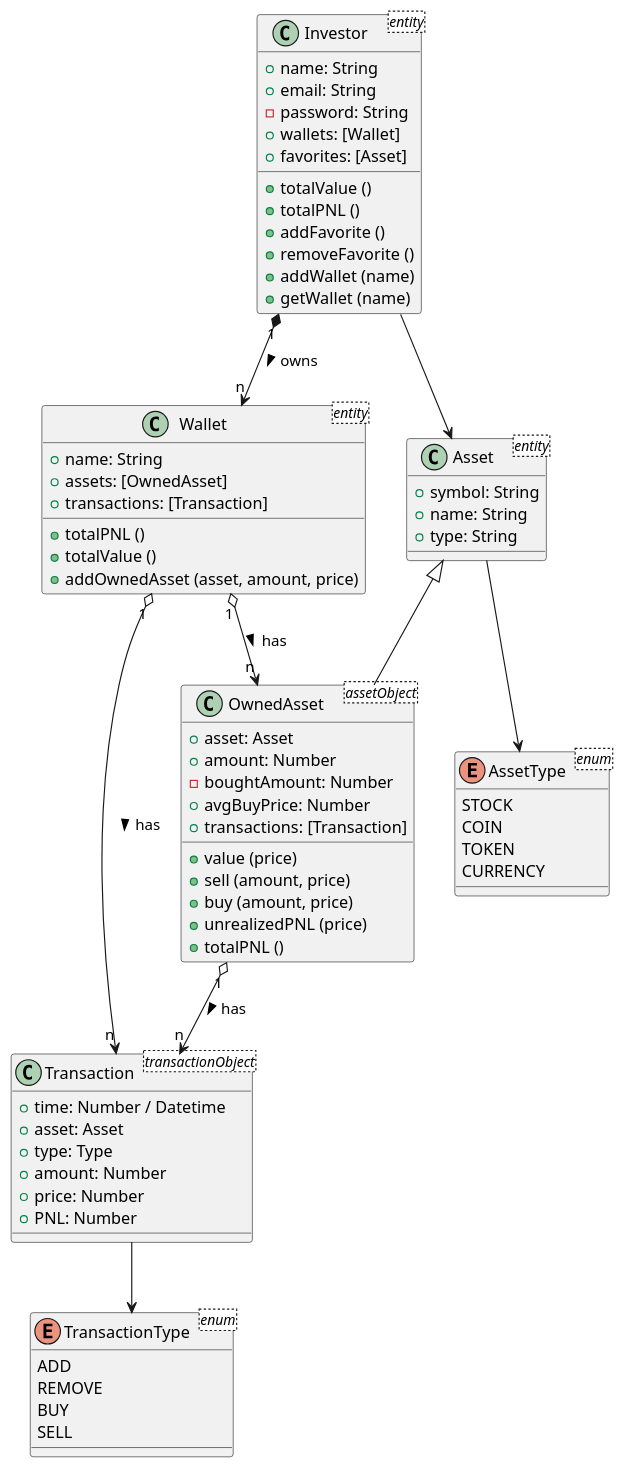
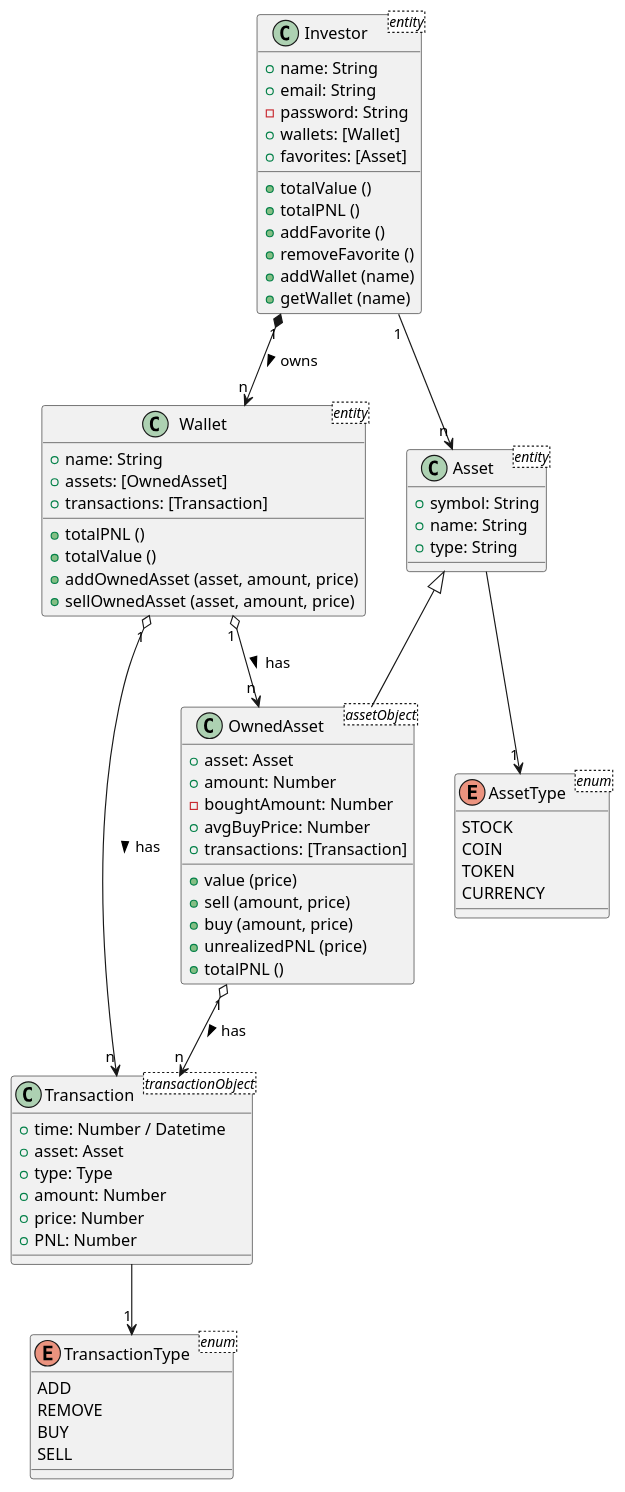
The diagram in class_diagram/class_diagram.puml (urtuba/spot-portfolio-tracker), drawn with PlantUML before and after one commit. The commit also changed 1 other file, not shown here.

Commit message:
Update class diagram

```diff
--- a/class_diagram/class_diagram.puml
+++ b/class_diagram/class_diagram.puml
@@ -1,78 +1,79 @@
-@startuml Class Diagram
+@startuml ClassDiagram
 
 class Investor <entity>{
     + name: String
     + email: String
     - password: String
     + wallets: [Wallet]
     + favorites: [Asset]
     + totalValue ()
     + totalPNL ()
     + addFavorite ()
     + removeFavorite ()
     + addWallet (name)
     + getWallet (name)
 }
 
 class Wallet <entity> {
     + name: String
     + assets: [OwnedAsset]
     + transactions: [Transaction]
     + totalPNL ()
     + totalValue ()
     + addOwnedAsset (asset, amount, price)
+    + sellOwnedAsset (asset, amount, price)
 }
 
 class Asset <entity> {
     + symbol: String
     + name: String
     + type: String
 }
 
 class OwnedAsset <assetObject> {
     + asset: Asset
     + amount: Number
     - boughtAmount: Number
     + avgBuyPrice: Number
     + transactions: [Transaction]
     + value (price)
     + sell (amount, price)
     + buy (amount, price)
     + unrealizedPNL (price)
     + totalPNL ()
 }
 
 class Transaction <transactionObject> {
     + time: Number / Datetime
     + asset: Asset
     + type: Type
     + amount: Number
     + price: Number
     + PNL: Number
 }
 
 enum AssetType <enum> {
     STOCK
     COIN
     TOKEN
     CURRENCY
 }
 
 enum TransactionType <enum> {
     ADD
     REMOVE
     BUY
     SELL
 }
 
 Wallet "n" <-UP-* "1" Investor:  owns <
 Asset <|-- OwnedAsset
 OwnedAsset "1" o--> "n" Transaction: has >
 Wallet "1" o--> "n" Transaction: has >
 Wallet "1" o--> "n" OwnedAsset: has >
-Asset  --> AssetType
-Transaction --> TransactionType
-Investor --> Asset
+Asset  --> "1" AssetType
+Transaction --> "1" TransactionType
+Investor "1" --> "n" Asset
 
 
 @enduml
```
